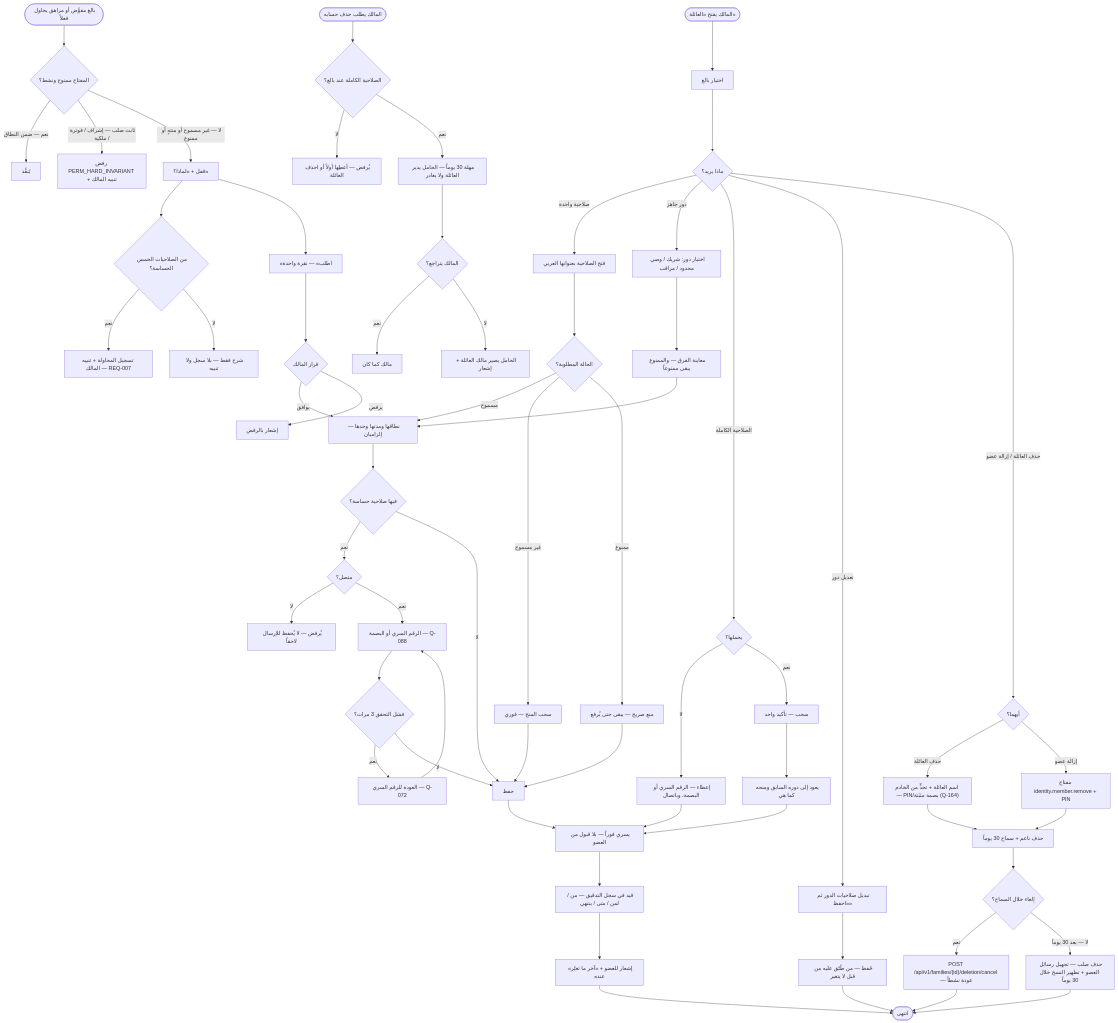
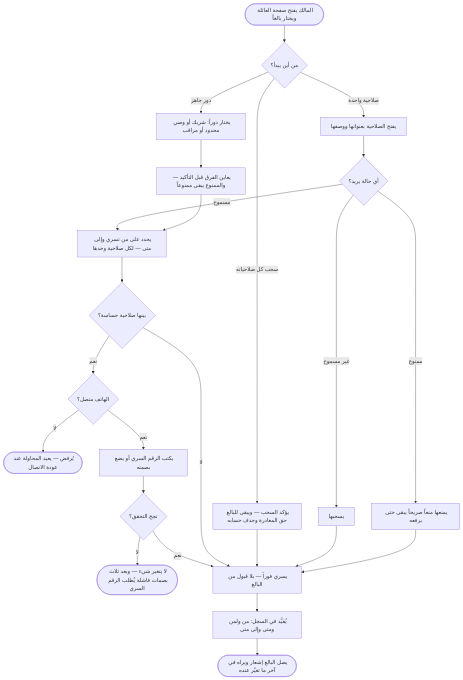
Diagram 16 of 30 in docs/family-os/governance/phases/phase-1/S1-03-family-roles-and-permissions/DIAGRAMS.md (Bassam-mohammed-alqaeadi/family-os-v2), drawn with Mermaid before and after one commit. The commit also changed other lines of this file and 2 other files, not shown here.

Commit message:
S1-03 DIAGRAMS: إعادة رسم التدفق وتدفق البيانات والنشاط لوحات صغيرة بنص عربي (تصحيح بعد ملاحظة المالك)

````diff
--- a/docs/family-os/governance/phases/phase-1/S1-03-family-roles-and-permissions/DIAGRAMS.md
+++ b/docs/family-os/governance/phases/phase-1/S1-03-family-roles-and-permissions/DIAGRAMS.md
@@ -713,73 +715,26 @@
 ```mermaid
 flowchart TD
-    Start([المالك يفتح «العائلة»]) --> Pick[اختيار بالغ]
-    Pick --> How{ماذا يريد؟}
-
-    How -->|صلاحية واحدة| Key[فتح الصلاحية بعنوانها العربي]
-    Key --> St{الحالة المطلوبة؟}
-    St -->|مسموح| Terms[نطاقها ومدتها وحدها — إلزاميان]
-    St -->|غير مسموح| Rev[سحب المنح — فوري]
-    St -->|ممنوع| Blk[منع صريح — يبقى حتى يُرفع]
-
-    How -->|دور جاهز| Role[اختيار دور: شريك / وصي محدود / مراقب]
-    Role --> Diff[معاينة الفرق — والممنوع يبقى ممنوعاً]
-    Diff --> Terms
-
-    Terms --> Sens{فيها صلاحية حساسة؟}
-    Sens -->|نعم| Online{متصل؟}
-    Online -->|لا| Off[يُرفض — لا يُحفظ للإرسال لاحقاً]
-    Online -->|نعم| Verify[الرقم السري أو البصمة — Q-088]
-    Verify --> Fail{فشل التحقق 3 مرات؟}
-    Fail -->|نعم| Pin[العودة للرقم السري — Q-072]
-    Pin --> Verify
-    Fail -->|لا| Save[حفظ]
-    Sens -->|لا| Save
-    Rev --> Save
-    Blk --> Save
-
-    How -->|الصلاحية الكاملة| FA{يحملها؟}
-    FA -->|لا| Give[إعطاء — الرقم السري أو البصمة، وباتصال]
-    FA -->|نعم| Take[سحب — تأكيد واحد]
-    Take --> Back[يعود إلى دوره السابق ومنحه كما هي]
-    Give --> Now
-    Back --> Now
-
-    Save --> Now[يسري فوراً — بلا قبول من العضو]
-    Now --> Audit[قيد في سجل التدقيق — من / لمن / متى / ينتهي]
-    Audit --> Notice[إشعار للعضو + «آخر ما تغيّر» عنده]
-    Notice --> Done([انتهى])
-
-    How -->|تعديل دور| EditRole[تبديل صلاحيات الدور ثم «احفظ»]
-    EditRole --> RoleSaved[حُفظ — من طُبّق عليه من قبل لا يتغير]
-    RoleSaved --> Done
-
-    How -->|حذف العائلة / إزالة عضو| DelQ{أيهما؟}
-    DelQ -->|حذف العائلة| Challenge["اسم العائلة + تحدٍّ من الخادم — PIN/بصمة مثبَتة (Q-164)"]
-    DelQ -->|إزالة عضو| PinCheck[مفتاح identity.member.remove + PIN]
-    Challenge --> SoftDel[حذف ناعم + سماح 30 يوماً]
-    PinCheck --> SoftDel
-    SoftDel --> CancelQ{إلغاء خلال السماح؟}
-    CancelQ -->|نعم| CancelDel["POST /api/v1/families/{id}/deletion/cancel — عودة نشطاً"]
-    CancelDel --> Done
-    CancelQ -->|لا — بعد 30 يوماً| HardDel[حذف صلب — تجهيل رسائل العضو + تطهير النسخ خلال 30 يوماً]
-    HardDel --> Done
-
-    Member([بالغ مفوَّض أو مراهق يحاول فعلاً]) --> Check{المفتاح ممنوح ونشط؟}
-    Check -->|نعم — ضمن النطاق| Allow[يُنفَّذ]
-    Check -->|ثابت صلب — إشراف / فوترة / ملكية| Hard[رفض PERM_HARD_INVARIANT + تنبيه المالك]
-    Check -->|لا — غير مسموح أو منتهٍ أو ممنوع| Lock[قفل + «لماذا؟»]
-    Lock --> SensTap{من الصلاحيات الخمس الحساسة؟}
-    SensTap -->|نعم| Log[تسجيل المحاولة + تنبيه المالك — REQ-007]
-    SensTap -->|لا| Silent[شرح فقط — بلا سجل ولا تنبيه]
-    Lock --> Ask[«اطلب» — نقرة واحدة]
-    Ask --> Decide{قرار المالك}
-    Decide -->|يوافق| Terms
-    Decide -->|يرفض| Refused[إشعار بالرفض]
-
-    OwnerDel([المالك يطلب حذف حسابه]) --> Has{الصلاحية الكاملة عند بالغ؟}
-    Has -->|لا| Blocked[يُرفض — أعطِها أولاً أو احذف العائلة]
-    Has -->|نعم| Grace[مهلة 30 يوماً — الحامل يدير العائلة ولا يغادر]
-    Grace --> Undo{المالك يتراجع؟}
-    Undo -->|نعم| Same[مالك كما كان]
-    Undo -->|لا| NewOwner[الحامل يصير مالك العائلة + إشعار]
+    A1([المالك يفتح صفحة العائلة ويختار بالغاً]) --> A2{من أين يبدأ؟}
+    A2 -->|صلاحية واحدة| A3[يفتح الصلاحية بعنوانها ووصفها]
+    A2 -->|دور جاهز| A4[يختار دوراً: شريك أو وصي محدود أو مراقب]
+    A2 -->|سحب كل صلاحياته| A5[يؤكد السحب — ويبقى للبالغ حق المغادرة وحذف حسابه]
+    A4 --> A6[يعاين الفرق قبل التأكيد — والممنوع يبقى ممنوعاً]
+    A3 --> A7{أي حالة يريد؟}
+    A7 -->|مسموح| A8[يحدد على من تسري وإلى متى — لكل صلاحية وحدها]
+    A6 --> A8
+    A7 -->|غير مسموح| A9[يسحبها]
+    A7 -->|ممنوع| A10[يمنعها منعاً صريحاً يبقى حتى يرفعه]
+    A8 --> A11{بينها صلاحية حساسة؟}
+    A11 -->|نعم| A12{الهاتف متصل؟}
+    A12 -->|لا| A13([يُرفض — يعيد المحاولة عند عودة الاتصال])
+    A12 -->|نعم| A14[يكتب الرقم السري أو يضع بصمته]
+    A14 --> A15{نجح التحقق؟}
+    A15 -->|لا| A16([لا يتغير شيء — وبعد ثلاث بصمات فاشلة يُطلب الرقم السري])
+    A15 -->|نعم| A17[يسري فوراً — بلا قبول من البالغ]
+    A11 -->|لا| A17
+    A5 --> A17
+    A9 --> A17
+    A10 --> A17
+    A17 --> A18[يُقيَّد في السجل: من ولمن ومتى وإلى متى]
+    A18 --> A19([يصل البالغ إشعار ويراه في آخر ما تغيّر عنده])
 ```
````
